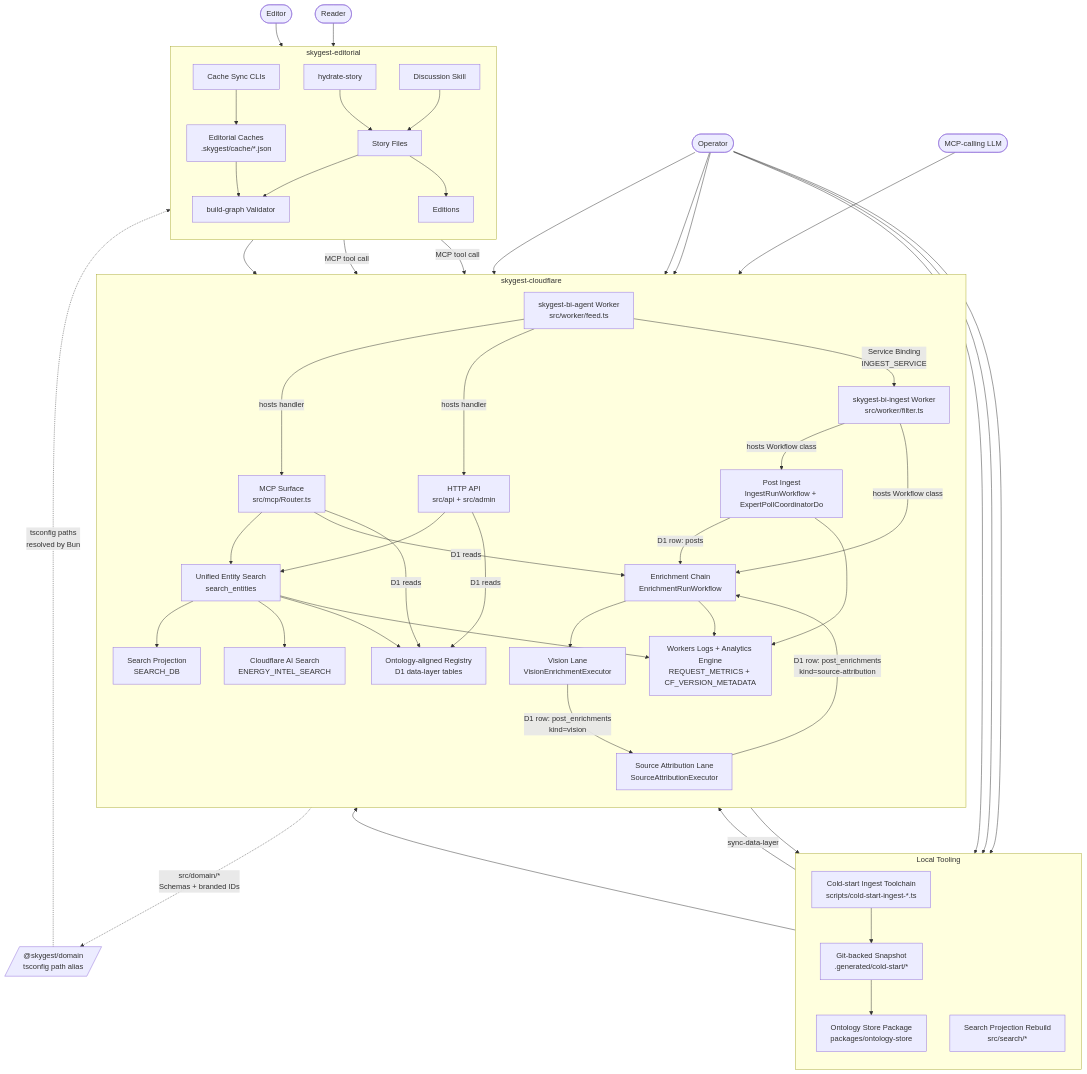
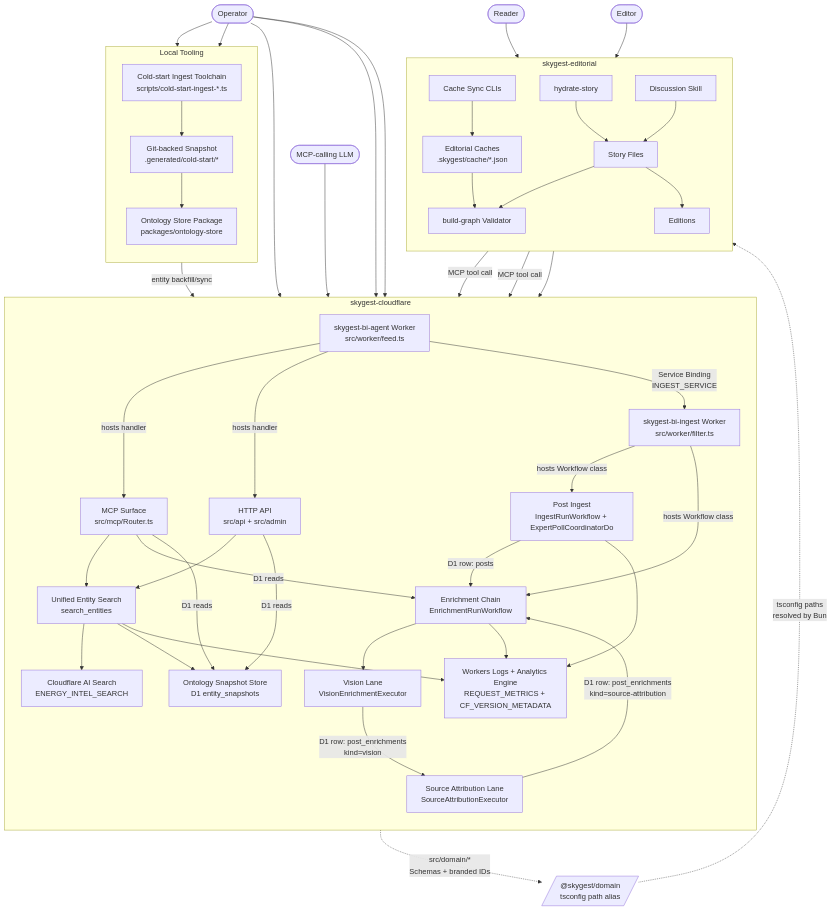
The diagram in docs/architecture/system-context.md (mepuka/skygest), drawn with Mermaid before and after one commit. The commit also changed other lines of this file and 54 other files, not shown here.

Commit message:
Hard cut entity search to AI Search (#148)

```diff
--- a/docs/architecture/system-context.md
+++ b/docs/architecture/system-context.md
@@ -28,9 +28,8 @@
     Vision[Vision Lane<br/>VisionEnrichmentExecutor]
     Source[Source Attribution Lane<br/>SourceAttributionExecutor]
     EntitySearch[Unified Entity Search<br/>search_entities]
-    SearchDb[Search Projection<br/>SEARCH_DB]
     AiSearch[Cloudflare AI Search<br/>ENERGY_INTEL_SEARCH]
-    Registry[Ontology-aligned Registry<br/>D1 data-layer tables]
+    SnapshotStore[Ontology Snapshot Store<br/>D1 entity_snapshots]
     Metrics[Workers Logs + Analytics Engine<br/>REQUEST_METRICS + CF_VERSION_METADATA]
     MCP[MCP Surface<br/>src/mcp/Router.ts]
     Api[HTTP API<br/>src/api + src/admin]
@@ -40,7 +39,6 @@
     direction TB
     ColdStart[Cold-start Ingest Toolchain<br/>scripts/cold-start-ingest-*.ts]
     Snapshot[Git-backed Snapshot<br/>.generated/cold-start/*]
-    SearchRebuild[Search Projection Rebuild<br/>src/search/*]
     OntologyStore[Ontology Store Package<br/>packages/ontology-store]
   end
 
@@ -70,22 +68,19 @@
 
   MCP --> EntitySearch
   Api --> EntitySearch
-  EntitySearch --> SearchDb
   EntitySearch --> AiSearch
-  EntitySearch --> Registry
+  EntitySearch --> SnapshotStore
   EntitySearch --> Metrics
   Enrich --> Metrics
   Ingest --> Metrics
 
   ColdStart --> Snapshot
-  Snapshot -->|sync-data-layer| Registry
-  Registry --> SearchRebuild
-  SearchRebuild --> SearchDb
+  Snapshot -->|entity backfill/sync| SnapshotStore
   Snapshot --> OntologyStore
 
   MCP -->|D1 reads| Enrich
-  MCP -->|D1 reads| Registry
-  Api -->|D1 reads| Registry
+  MCP -->|D1 reads| SnapshotStore
+  Api -->|D1 reads| SnapshotStore
 
   CF -.->|src/domain/*<br/>Schemas + branded IDs| DomainBridge
   DomainBridge -.->|tsconfig paths<br/>resolved by Bun| ED
@@ -105,7 +100,6 @@
   MCPModel --> MCP
   Operator --> Api
   Operator --> ColdStart
-  Operator --> SearchRebuild
   Operator --> OntologyStore
   Operator --> IngestWorker
   Operator --> AgentWorker
```
